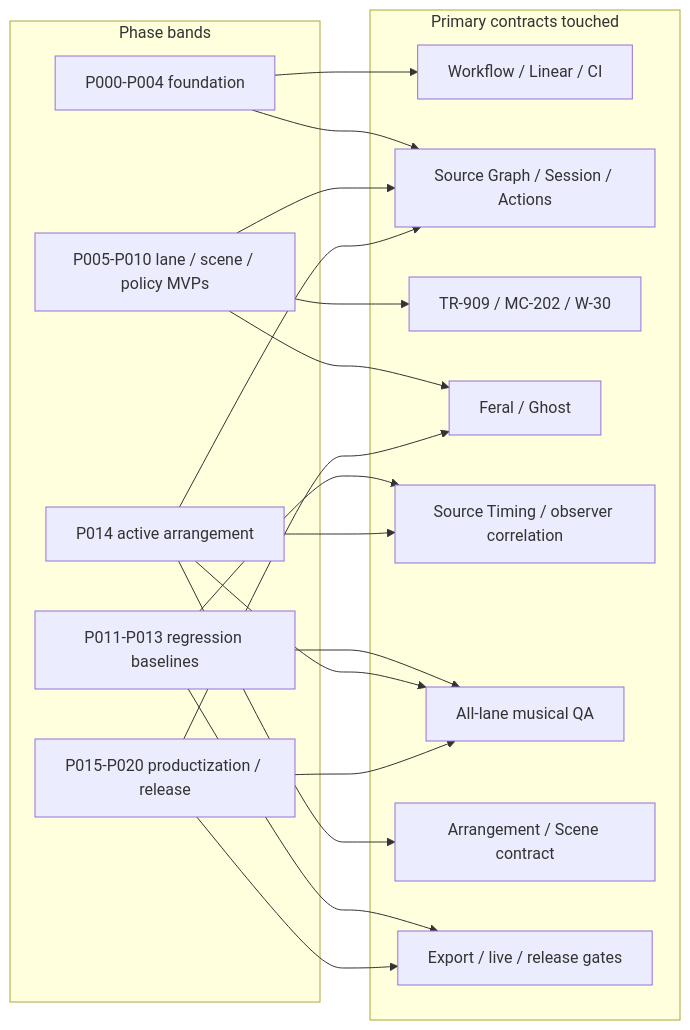
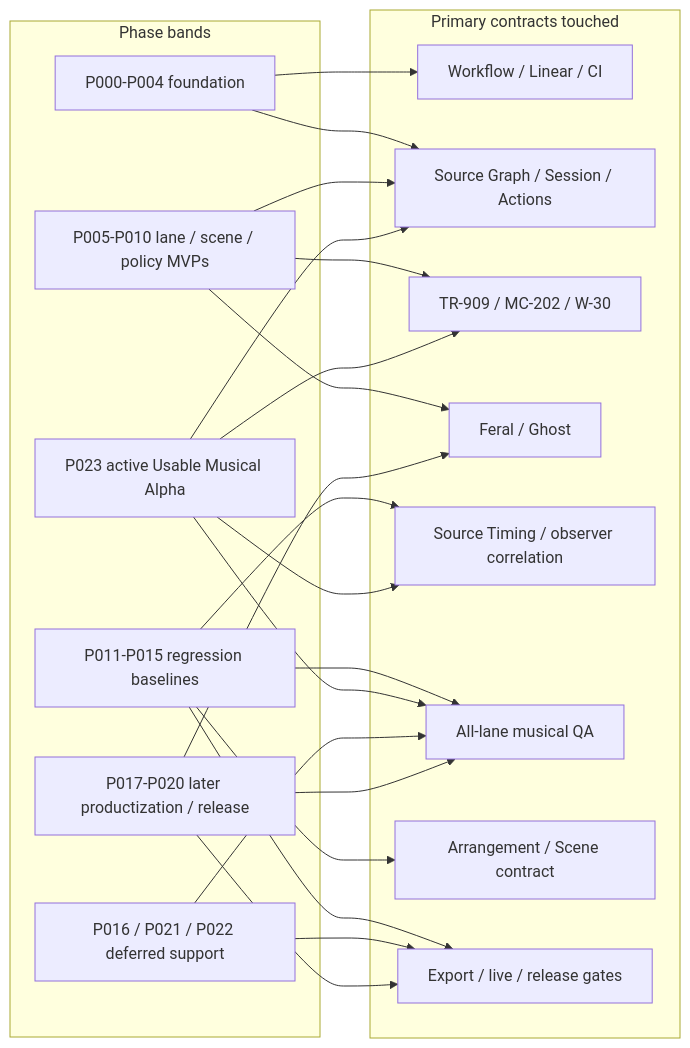
The third of 3 diagrams in docs/architecture_phase_map.md (marang/riotbox), drawn with Mermaid before and after one commit. The commit also changed other lines of this file and 10 other files, not shown here.

Commit message:
Reset P023 around usable musical alpha

````diff
--- a/docs/architecture_phase_map.md
+++ b/docs/architecture_phase_map.md
@@ -115,37 +123,41 @@
 ```mermaid
 flowchart LR
     subgraph phases["Phase bands"]
         Foundation["P000-P004 foundation"]
         LaneMvp["P005-P010 lane / scene / policy MVPs"]
-        ClosedBase["P011-P013 regression baselines"]
-        P014["P014 active arrangement"]
-        Product["P015-P020 productization / release"]
+        ClosedBase["P011-P015 regression baselines"]
+        P023["P023 active Usable Musical Alpha"]
+        Deferred["P016 / P021 / P022 deferred support"]
+        Product["P017-P020 later productization / release"]
     end
 
     subgraph contracts["Primary contracts touched"]
         Workflow["Workflow / Linear / CI"]
         Core["Source Graph / Session / Actions"]
         Device["TR-909 / MC-202 / W-30"]
         Assist["Feral / Ghost"]
         Timing["Source Timing / observer correlation"]
         MusicalQA["All-lane musical QA"]
         Arrangement["Arrangement / Scene contract"]
         ExportLive["Export / live / release gates"]
     end
 
     Foundation --> Workflow
     Foundation --> Core
     LaneMvp --> Device
     LaneMvp --> Assist
     LaneMvp --> Core
     ClosedBase --> Timing
     ClosedBase --> MusicalQA
+    ClosedBase --> Arrangement
     ClosedBase --> ExportLive
-    P014 --> Arrangement
-    P014 --> Core
-    P014 --> Timing
-    P014 --> MusicalQA
+    P023 --> Core
+    P023 --> Device
+    P023 --> Timing
+    P023 --> MusicalQA
+    Deferred --> ExportLive
+    Deferred --> MusicalQA
     Product --> ExportLive
     Product --> Assist
     Product --> MusicalQA
 ```
````
